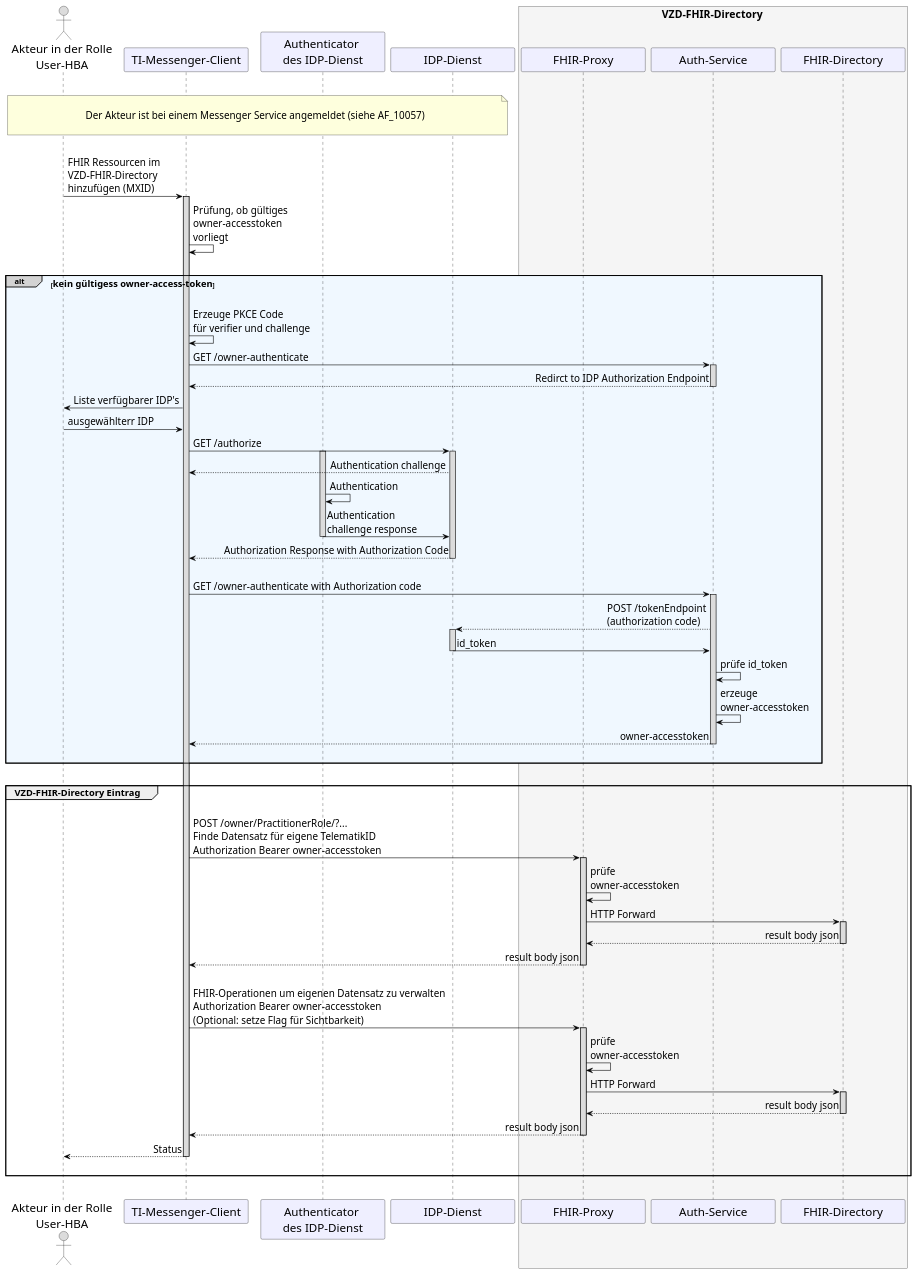
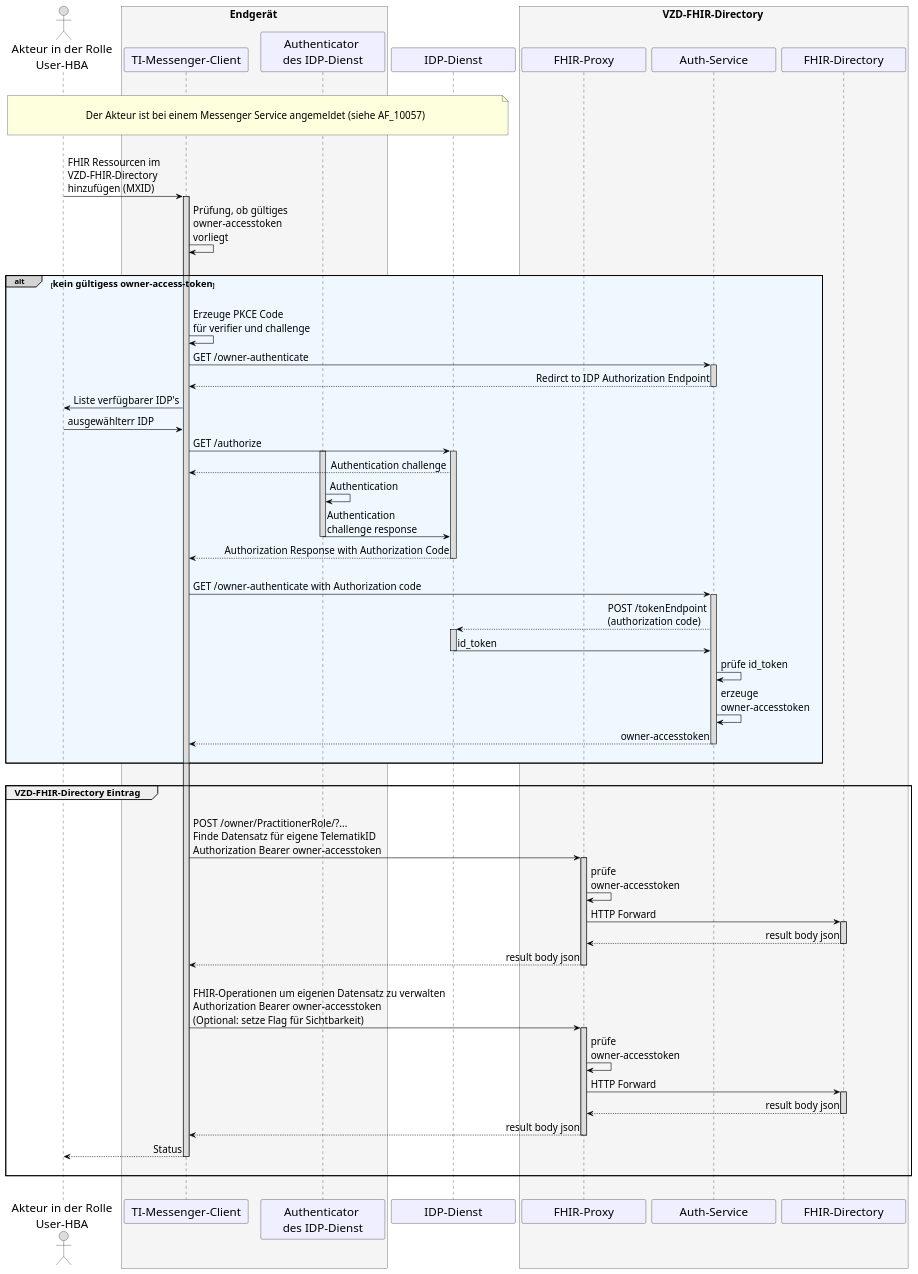
One commit to gematik/api-ti-messenger changed the diagram in src/plantuml/TI-Messenger-Dienst/Ressourcen/UC_10058_Seq.puml. Above: the diagram before and after it, drawn with PlantUML.

```diff
--- a/src/plantuml/TI-Messenger-Dienst/Ressourcen/UC_10058_Seq.puml
+++ b/src/plantuml/TI-Messenger-Dienst/Ressourcen/UC_10058_Seq.puml
@@ -9,114 +9,116 @@
 @startuml
 skinparam sequenceMessageAlign direction
 skinparam minClassWidth 200
 skinparam BoxPadding 1
 skinparam sequenceReferenceHeaderBackgroundColor palegreen
 scale max 2048 width
 
 skinparam sequence {
 ArrowColor black
 ArrowFontSize 17
 ActorBorderColor black
 LifeLineBorderColor black
 LifeLineBackgroundColor Gainsboro
 
 ParticipantBorderColor Motivation
 ParticipantBackgroundColor Motivation
 ParticipantFontName Impact
 ParticipantFontSize 20
 ParticipantFontColor black
 ParticipantBorderColor Black
 ParticipantBackgroundColor MOTIVATION
 
 ActorBackgroundColor Gainsboro
 ActorFontColor black
 ActorFontSize 20
 ActorFontName Aapex
 }
     actor U as "Akteur in der Rolle\nUser-HBA"
-    participant C as "TI-Messenger-Client"
-    participant A as "Authenticator \ndes IDP-Dienst"
+    box <size:18>Endgerät</size> #WhiteSmoke
+      participant C as "TI-Messenger-Client"
+      participant A as "Authenticator \ndes IDP-Dienst"
+    end box
     participant I as "IDP-Dienst" 
     box <size:18>VZD-FHIR-Directory</size> #WhiteSmoke
       participant FP as "FHIR-Proxy"
       participant Auth as "Auth-Service"
       participant VZD as "FHIR-Directory"
     end box
 
 |||
 note over U, I: \n<size:17>Der Akteur ist bei einem Messenger Service angemeldet (siehe AF_10057)</size>\n
 |||
 
 U->C: FHIR Ressourcen im \nVZD-FHIR-Directory \nhinzufügen (MXID)
   Activate C
 C->C: Prüfung, ob gültiges \nowner-accesstoken \nvorliegt
 
 |||
 alt#LightGrey #AliceBlue <size:16>kein gültigess owner-access-token</size>
 |||
 
   C->C: Erzeuge PKCE Code \nfür verifier und challenge
   C->Auth: GET /owner-authenticate
     Activate Auth
   Auth-->C: Redirct to IDP Authorization Endpoint
     Deactivate Auth
 
   C->U: Liste verfügbarer IDP's
   U->C: ausgewählterr IDP
     
   C->I: GET /authorize
     Activate A
     Activate I
   I-->C: Authentication challenge
   A->A: Authentication
   A->I: Authentication \nchallenge response
     Deactivate A
   I-->C: Authorization Response with Authorization Code
     Deactivate I
        
   |||          
   C->Auth: GET /owner-authenticate with Authorization code
     Activate Auth
   Auth-->I: POST /tokenEndpoint\n(authorization code)
     Activate I
   I->Auth: id_token
     Deactivate I
   Auth->Auth: prüfe id_token
   Auth->Auth: erzeuge \nowner-accesstoken
   Auth-->C: owner-accesstoken
     Deactivate Auth
   |||
 end
       
 |||
 
 group <size:16>VZD-FHIR-Directory Eintrag</size>
   |||
   C->FP: POST /owner/PractitionerRole/?... \nFinde Datensatz für eigene TelematikID \nAuthorization Bearer owner-accesstoken
     Activate FP
   FP->FP: prüfe \nowner-accesstoken
   FP->VZD: HTTP Forward
     Activate VZD
   VZD-->FP: result body json
     Deactivate VZD
   FP-->C: result body json
     Deactivate FP
     
   |||
   C->FP: FHIR-Operationen um eigenen Datensatz zu verwalten \nAuthorization Bearer owner-accesstoken \n(Optional: setze Flag für Sichtbarkeit)
     Activate FP
   FP->FP: prüfe \nowner-accesstoken
   FP->VZD: HTTP Forward
     Activate VZD
   VZD-->FP: result body json
     Deactivate VZD
   FP-->C: result body json
     Deactivate FP
   C-->U: Status    
     Deactivate C
   |||
 end
 |||
 
   Deactivate C
 @enduml
```
